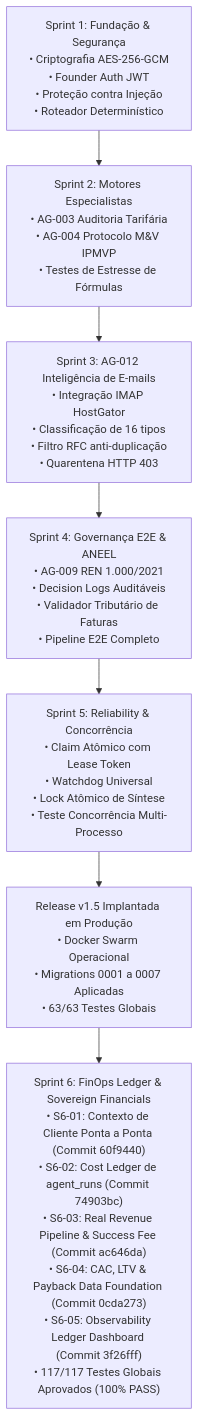
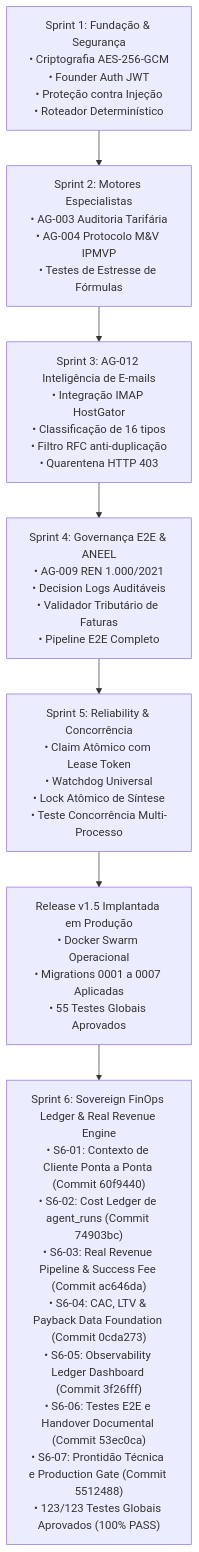
The diagram in docs/EI_AIOS_HANDOVER_REPORT.md (wlamirzm/ei-aios), drawn with Mermaid before and after one commit. The commit also changed other lines of this file and 1 other file, not shown here.

Commit message:
docs(handover): consolidacao final de handover da sprint 6 e release v1.6

````diff
--- a/docs/EI_AIOS_HANDOVER_REPORT.md
+++ b/docs/EI_AIOS_HANDOVER_REPORT.md
@@ -47,9 +55,9 @@
 ```mermaid
 flowchart TD
     S1["Sprint 1: Fundação & Segurança<br/>• Criptografia AES-256-GCM<br/>• Founder Auth JWT<br/>• Proteção contra Injeção<br/>• Roteador Determinístico"] --> S2["Sprint 2: Motores Especialistas<br/>• AG-003 Auditoria Tarifária<br/>• AG-004 Protocolo M&V IPMVP<br/>• Testes de Estresse de Fórmulas"]
     S2 --> S3["Sprint 3: AG-012 Inteligência de E-mails<br/>• Integração IMAP HostGator<br/>• Classificação de 16 tipos<br/>• Filtro RFC anti-duplicação<br/>• Quarentena HTTP 403"]
     S3 --> S4["Sprint 4: Governança E2E & ANEEL<br/>• AG-009 REN 1.000/2021<br/>• Decision Logs Auditáveis<br/>• Validador Tributário de Faturas<br/>• Pipeline E2E Completo"]
     S4 --> S5["Sprint 5: Reliability & Concorrência<br/>• Claim Atômico com Lease Token<br/>• Watchdog Universal<br/>• Lock Atômico de Síntese<br/>• Teste Concorrência Multi-Processo"]
-    S5 --> REL["Release v1.5 Implantada em Produção<br/>• Docker Swarm Operacional<br/>• Migrations 0001 a 0007 Aplicadas<br/>• 63/63 Testes Globais"]
-    REL --> S6["Sprint 6: FinOps Ledger & Sovereign Financials<br/>• S6-01: Contexto de Cliente Ponta a Ponta (Commit 60f9440)<br/>• S6-02: Cost Ledger de agent_runs (Commit 74903bc)<br/>• S6-03: Real Revenue Pipeline & Success Fee (Commit ac646da)<br/>• S6-04: CAC, LTV & Payback Data Foundation (Commit 0cda273)<br/>• S6-05: Observability Ledger Dashboard (Commit 3f26fff)<br/>• 117/117 Testes Globais Aprovados (100% PASS)"]
+    S5 --> REL["Release v1.5 Implantada em Produção<br/>• Docker Swarm Operacional<br/>• Migrations 0001 a 0007 Aplicadas<br/>• 55 Testes Globais Aprovados"]
+    REL --> S6["Sprint 6: Sovereign FinOps Ledger & Real Revenue Engine<br/>• S6-01: Contexto de Cliente Ponta a Ponta (Commit 60f9440)<br/>• S6-02: Cost Ledger de agent_runs (Commit 74903bc)<br/>• S6-03: Real Revenue Pipeline & Success Fee (Commit ac646da)<br/>• S6-04: CAC, LTV & Payback Data Foundation (Commit 0cda273)<br/>• S6-05: Observability Ledger Dashboard (Commit 3f26fff)<br/>• S6-06: Testes E2E e Handover Documental (Commit 53ec0ca)<br/>• S6-07: Prontidão Técnica e Production Gate (Commit 5512488)<br/>• 123/123 Testes Globais Aprovados (100% PASS)"]
 ```
````
